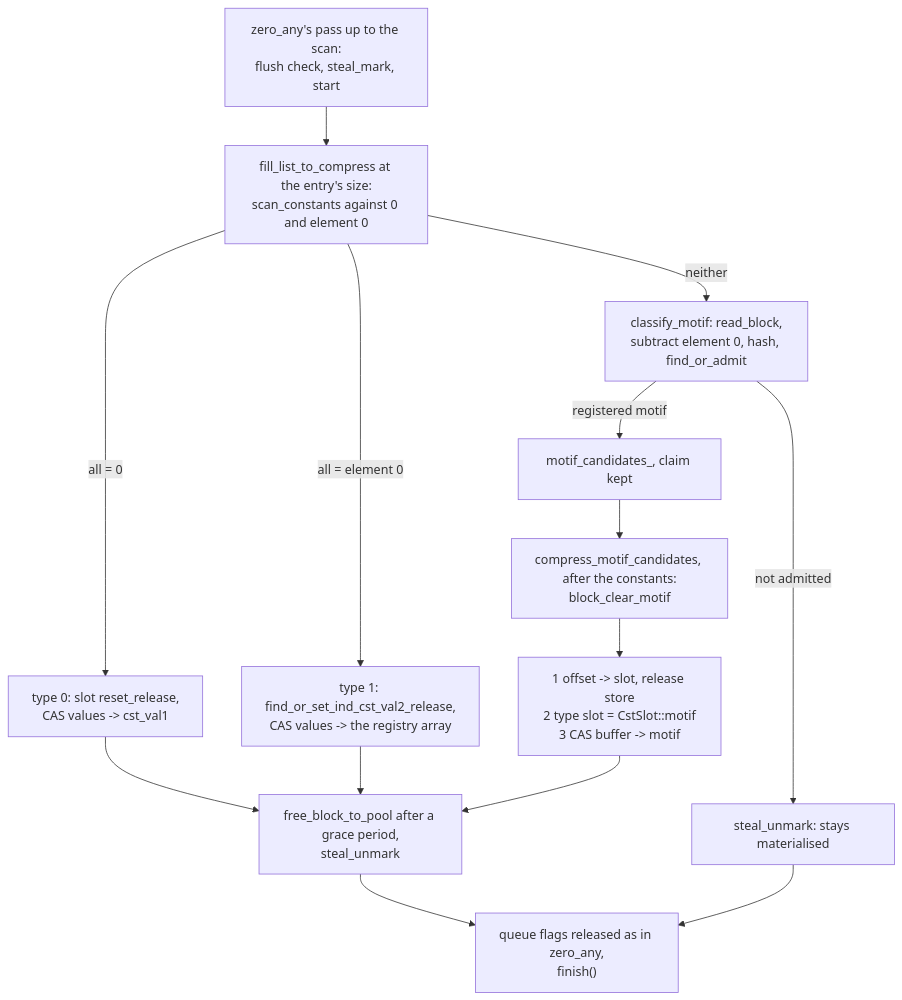
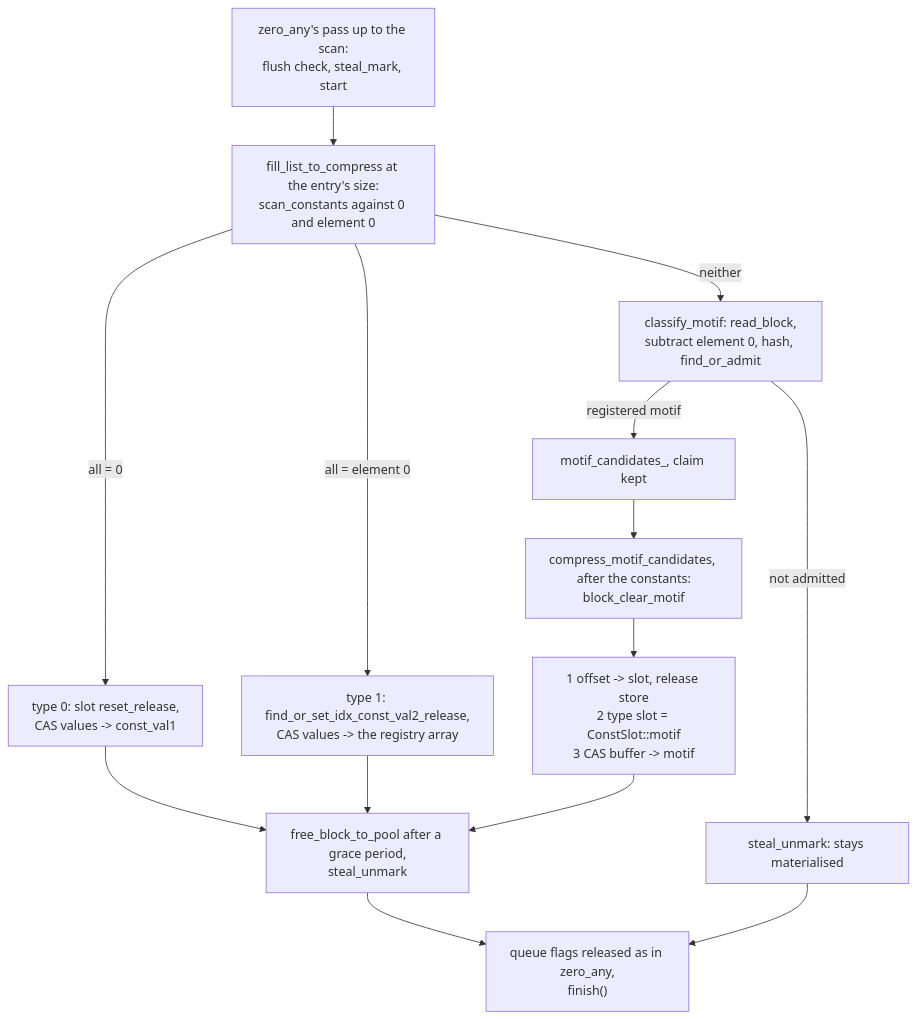
Before and after one commit to cea-hpc/shrink-array: the first of 2 diagrams in docs/algo_pattern.md, drawn with Mermaid. The commit also changed other lines of this file and 244 other files, not shown here.

````diff
--- a/docs/algo_pattern.md
+++ b/docs/algo_pattern.md
@@ -118,16 +118,16 @@
 ```mermaid
 flowchart TD
     A["zero_any's pass up to the scan:<br/>flush check, steal_mark, start"] --> E["fill_list_to_compress at the entry's size:<br/>scan_constants against 0 and element 0"]
-    E -->|"all = 0"| F["type 0: slot reset_release,<br/>CAS values -> cst_val1"]
-    E -->|"all = element 0"| G["type 1: find_or_set_ind_cst_val2_release,<br/>CAS values -> the registry array"]
+    E -->|"all = 0"| F["type 0: slot reset_release,<br/>CAS values -> const_val1"]
+    E -->|"all = element 0"| G["type 1: find_or_set_idx_const_val2_release,<br/>CAS values -> the registry array"]
     E -->|"neither"| M["classify_motif: read_block,<br/>subtract element 0, hash, find_or_admit"]
     M -->|"registered motif"| MC["motif_candidates_, claim kept"]
     M -->|"not admitted"| N["steal_unmark: stays materialised"]
     MC --> O["compress_motif_candidates, after the constants:<br/>block_clear_motif"]
-    O --> O1["1 offset -> slot, release store<br/>2 type slot = CstSlot::motif<br/>3 CAS buffer -> motif"]
+    O --> O1["1 offset -> slot, release store<br/>2 type slot = ConstSlot::motif<br/>3 CAS buffer -> motif"]
     F --> R["free_block_to_pool after a grace period,<br/>steal_unmark"]
     G --> R
     O1 --> R
     R --> K["queue flags released as in zero_any,<br/>finish()"]
     N --> K
 ```
````
